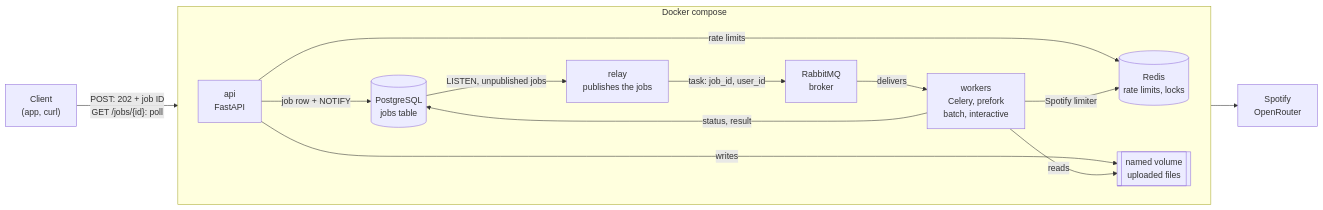
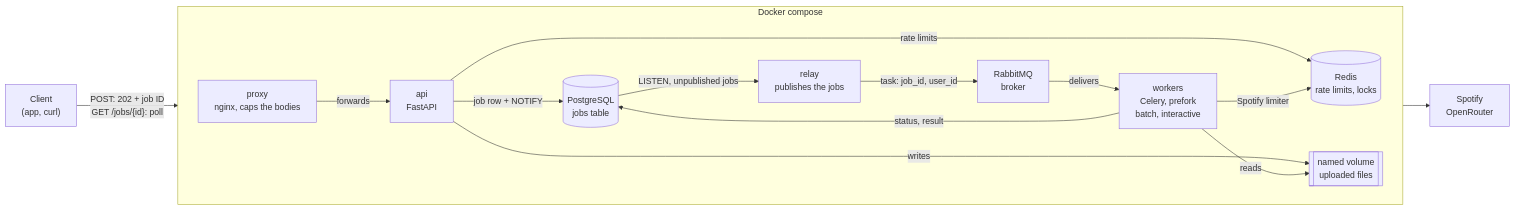
The first of 7 diagrams in docs/technical/api-and-workers.md (ychab/museflow), drawn with Mermaid before and after one commit. The commit also changed other lines of this file and 4 other files, not shown here.

First line of the commit message:
feat(deploy): an nginx reverse proxy in front of the API, capping the request bodies

````diff
--- a/docs/technical/api-and-workers.md
+++ b/docs/technical/api-and-workers.md
@@ -16,27 +16,29 @@
 ```mermaid
 flowchart LR
     CLIENT["Client<br/>(app, curl)"]
     subgraph RUN["Docker compose"]
         direction LR
+        PX["proxy<br/>nginx, caps the bodies"]
         API["api<br/>FastAPI"]
         MQ["RabbitMQ<br/>broker"]
         RL["relay<br/>publishes the jobs"]
         WK["workers<br/>Celery, prefork<br/>batch, interactive"]
         PG[("PostgreSQL<br/>jobs table")]
         RD[("Redis<br/>rate limits, locks")]
         VOL[["named volume<br/>uploaded files"]]
     end
     EXT["Spotify<br/>OpenRouter"]
 
-    CLIENT -- "POST: 202 + job ID<br/>GET /jobs/{id}: poll" --> API
+    CLIENT -- "POST: 202 + job ID<br/>GET /jobs/{id}: poll" --> PX
+    PX -- "forwards" --> API
     API -- "job row + NOTIFY" --> PG
     PG -- "LISTEN, unpublished jobs" --> RL
     RL -- "task: job_id, user_id" --> MQ
     MQ -- "delivers" --> WK
     WK -- "status, result" --> PG
     API -- "rate limits" --> RD
     WK -- "Spotify limiter" --> RD
     API -- "writes" --> VOL
     WK -- "reads" --> VOL
     WK --> EXT
 ```
````
